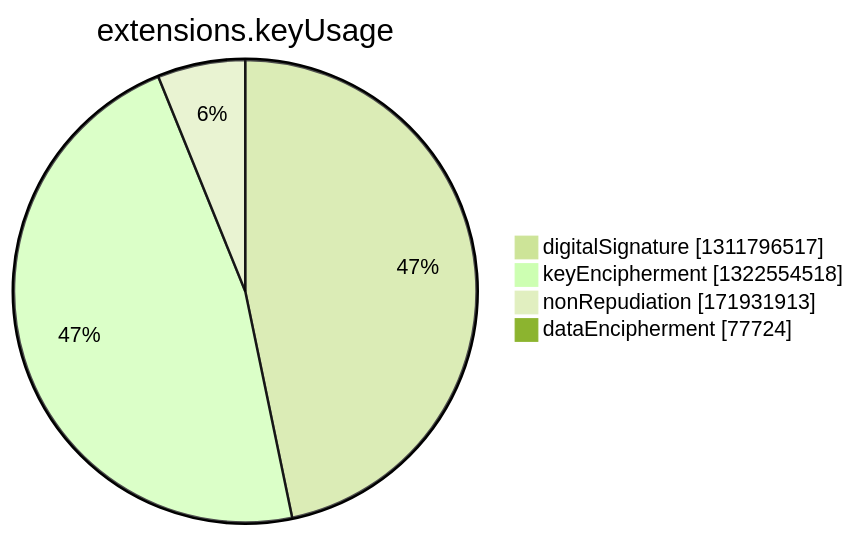
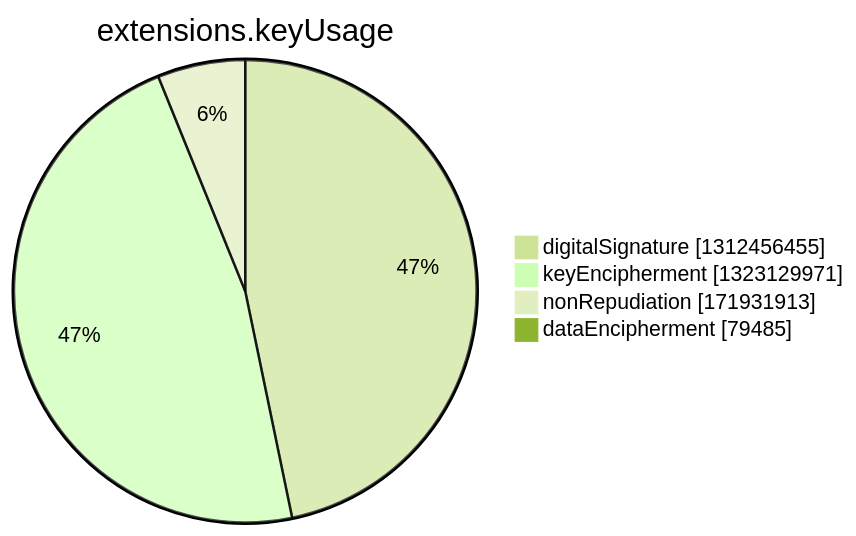
One commit to christiankrug/ctmonitor_visualization changed the seventh of 15 diagrams in argon2022/README.md. Above: the diagram before and after it, drawn with Mermaid (forest theme). The commit also changed other lines of this file, not shown here.

````diff
--- a/argon2022/README.md
+++ b/argon2022/README.md
@@ -2750,8 +2750,8 @@
 ```mermaid
 pie showData
 title extensions.keyUsage
-"digitalSignature" :1311796517
-"keyEncipherment" :1322554518
+"digitalSignature" :1312456455
+"keyEncipherment" :1323129971
 "nonRepudiation" :171931913
-"dataEncipherment" :77724
+"dataEncipherment" :79485
 ```
````
